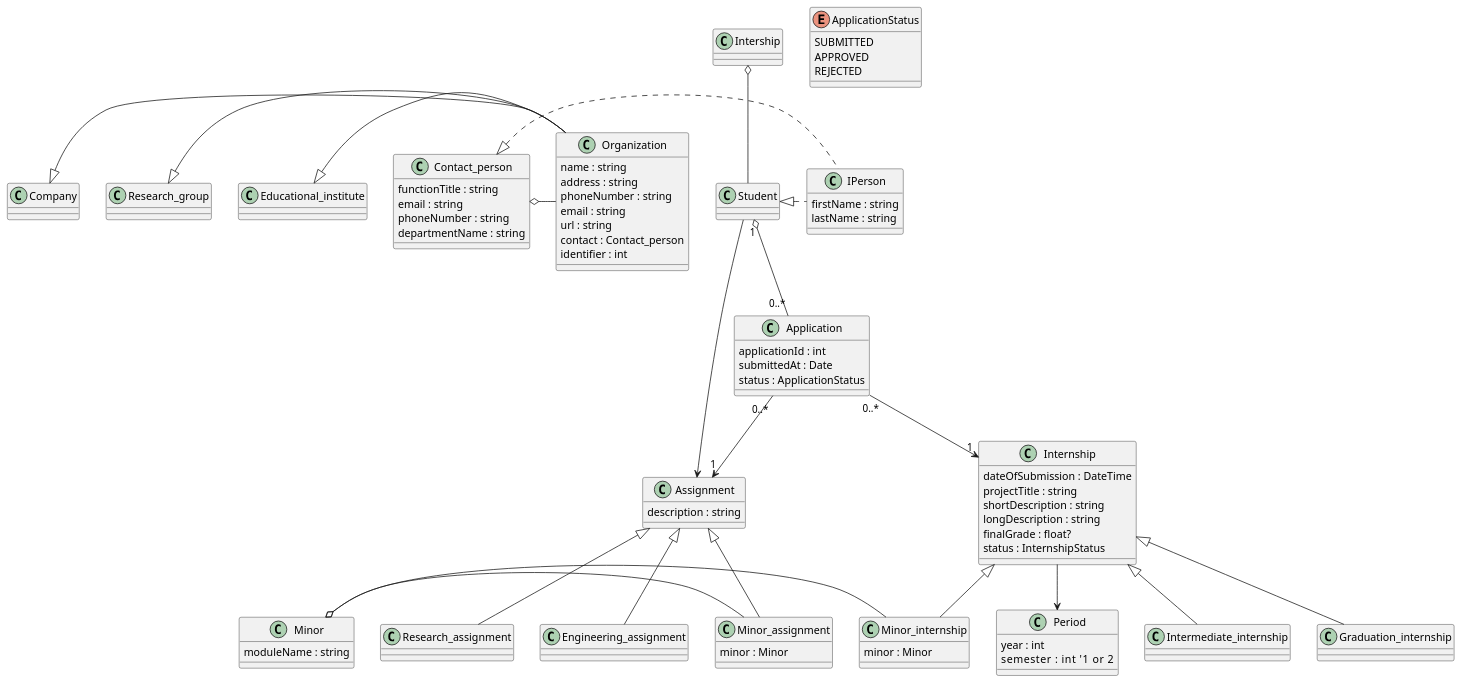
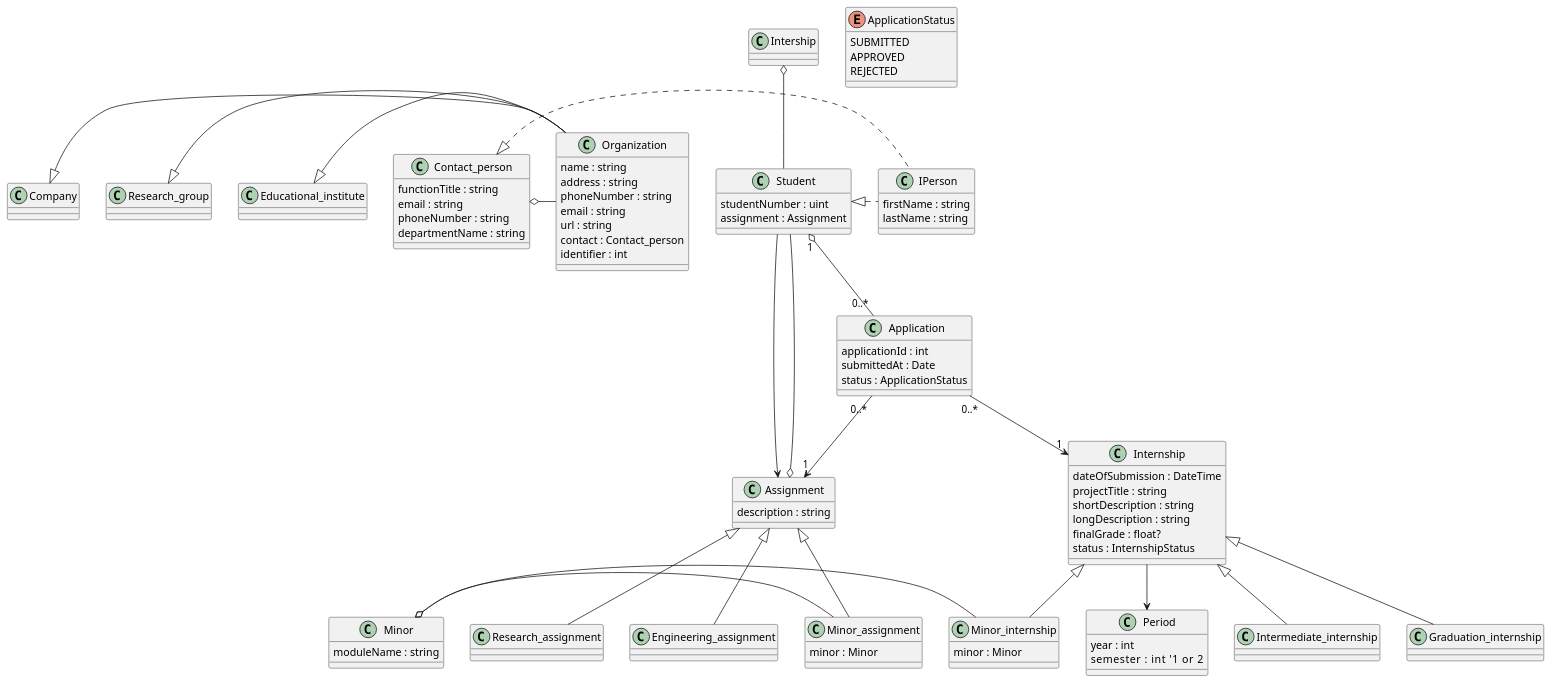
The diagram in Week3/ClassDiagram.puml (JoiningwithMattheus/Week1), drawn with PlantUML before and after one commit.

Commit message:
added some student info

```diff
--- a/Week3/ClassDiagram.puml
+++ b/Week3/ClassDiagram.puml
@@ -1,119 +1,122 @@
 @startuml SIS
 
 class Organization {
     name : string
     address : string
     phoneNumber : string
     email : string
     url : string
     contact : Contact_person
     identifier : int
 
 }
 
 class Company {
 
 }
 Company <|- Organization
 
 class Research_group{
 
 }
 Research_group <|- Organization
 
 class Educational_institute{
 
 }
 Educational_institute <|- Organization
 
 class Period {
     year : int
     semester : int     '1 or 2
 }
 
 class Internship {
     dateOfSubmission : DateTime
     projectTitle : string
     shortDescription : string
     longDescription : string
     finalGrade : float?
     status : InternshipStatus
 }
 
 Internship --> Period
 
 class Intermediate_internship
 
 class Minor_internship {
     minor : Minor
 }
 
 class Graduation_internship 
 
 Internship <|-- Intermediate_internship
 Internship <|-- Minor_internship
 Internship <|-- Graduation_internship
 
 class Assignment {
     description : string
 }
+Assignment o- Student
 
 class Research_assignment
 class Minor_assignment {
     minor : Minor
 }
 
 class Engineering_assignment
 
 Assignment <|-- Research_assignment
 Assignment <|-- Minor_assignment
 Assignment <|-- Engineering_assignment
 
 class IPerson{
     firstName : string
     lastName : string
 
 }
 
 class Student {
+    studentNumber : uint
+    assignment : Assignment
 
 }
 Student <|. IPerson
 
 class Contact_person {
     functionTitle : string
     email : string
     phoneNumber : string
     departmentName : string
 
 }
 Contact_person <|. IPerson
 Contact_person o- Organization
 
 class Minor {
     moduleName : string
 
 }
 Minor o- Minor_internship
 Minor o- Minor_assignment
 
 class Application {
     applicationId : int
     submittedAt : Date
     status : ApplicationStatus
 }
 
 enum ApplicationStatus {
     SUBMITTED
     APPROVED
     REJECTED
 }
 
 Student "1" o-- "0..*" Application
 Application "0..*" --> "1" Internship
 Application "0..*" --> "1" Assignment
 
 Intership o-- Student
 Student --> Assignment
 
 @enduml
```
